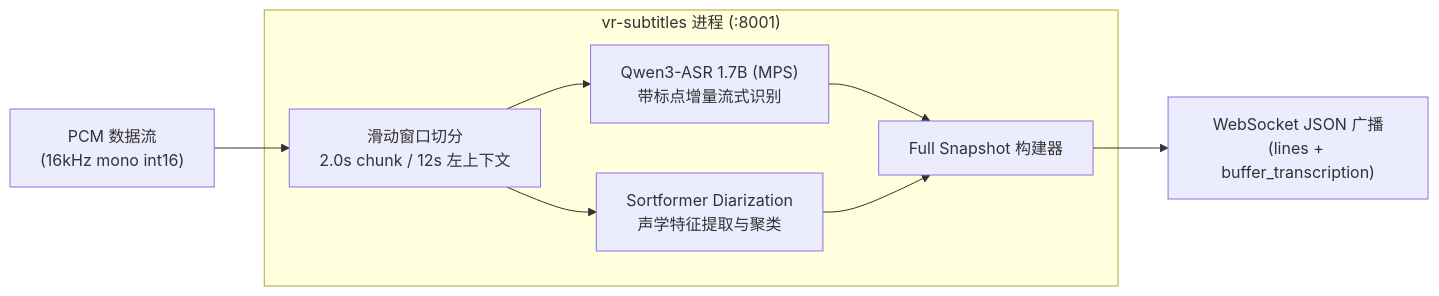
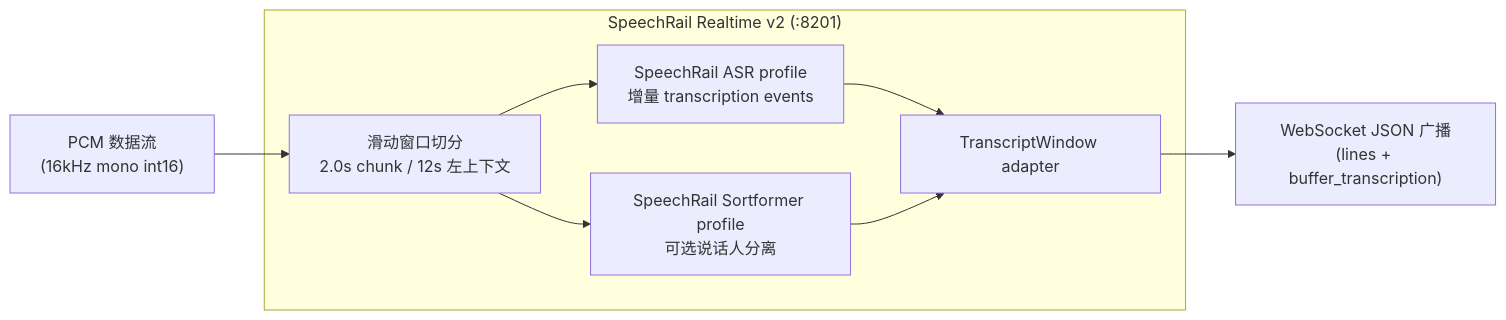
Before and after one commit to hrygo/voice-realtime: the eighth of 13 diagrams in docs/architecture/系统总体架构与详细设计方案.md, drawn with Mermaid. The commit also changed other lines of this file and 38 other files, not shown here.

````diff
--- a/docs/architecture/系统总体架构与详细设计方案.md
+++ b/docs/architecture/系统总体架构与详细设计方案.md
@@ -503,13 +502,13 @@
 ```mermaid
 flowchart LR
     AUDIO_IN["PCM 数据流<br/>(16kHz mono int16)"] --> SLIDE_WIN["滑动窗口切分<br/>2.0s chunk / 12s 左上下文"]
     
-    subgraph VR_SUBTITLES["vr-subtitles 进程 (:8001)"]
-        SLIDE_WIN --> QWEN_ASR["Qwen3-ASR 1.7B (MPS)<br/>带标点增量流式识别"]
-        SLIDE_WIN --> SORTFORMER["Sortformer Diarization<br/>声学特征提取与聚类"]
-        QWEN_ASR --> SNAP_BUILDER["Full Snapshot 构建器"]
+    subgraph SPEECHRAIL["SpeechRail Realtime v2 (:8201)"]
+        SLIDE_WIN --> QWEN_ASR["SpeechRail ASR profile<br/>增量 transcription events"]
+        SLIDE_WIN --> SORTFORMER["SpeechRail Sortformer profile<br/>可选说话人分离"]
+        QWEN_ASR --> SNAP_BUILDER["TranscriptWindow adapter"]
         SORTFORMER --> SNAP_BUILDER
     end
 
     SNAP_BUILDER --> WS_OUT["WebSocket JSON 广播<br/>(lines + buffer_transcription)"]
 ```
````
